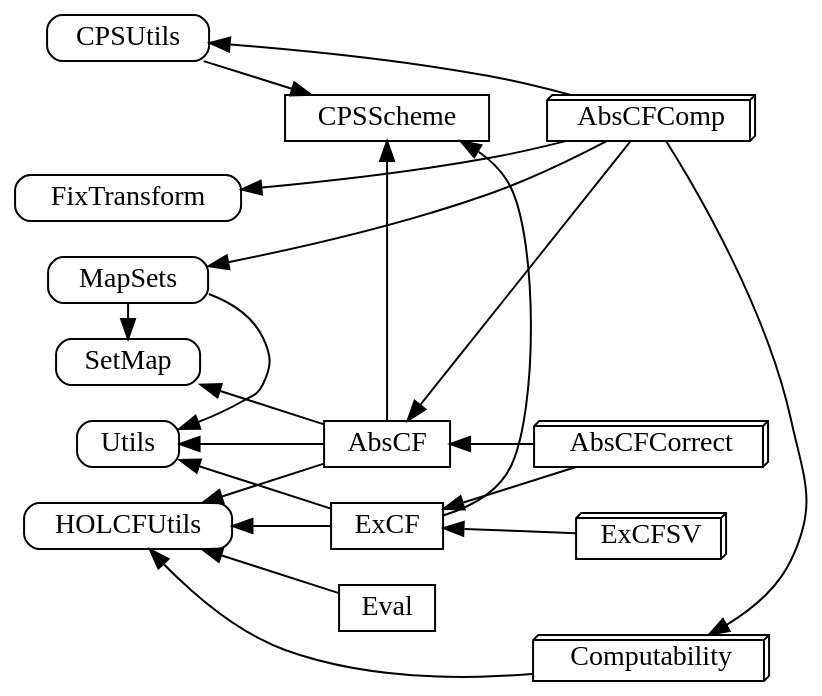
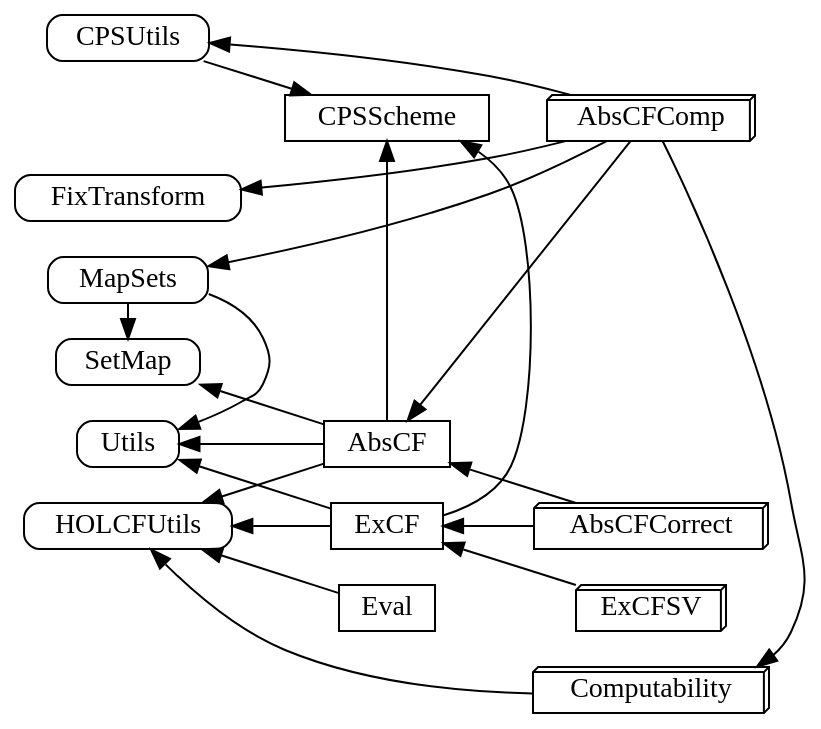
Before and after one commit to nomeata/funcCF: the diagram in Text/sessionGraph.dot, drawn with Graphviz. The commit also changed 11 other files, not shown here.

```diff
--- a/Text/sessionGraph.dot
+++ b/Text/sessionGraph.dot
@@ -1,65 +1,65 @@
 digraph session{
 rankdir=RL; 
 pad=0;
 ranksep=0.3;
 node [height=0];
 node [width=0];
 node [shape=box];
 //splines=ortho;
 edge[weight=0];
 
 {rank=same;
 node[shape=box];
 "CPSScheme" ;
 "Eval" ;
 "AbsCF" ;
 "ExCF" ;
 }
 
 {rank=same;
 node[style=rounded];
 "CPSUtils";
 "HOLCFUtils";
 "Utils";
 "SetMap";
 "FixTransform";
 "MapSets";
 }
 
 {rank=same;
 node[shape=box3d];
 "AbsCFCorrect" ;
 "ExCFSV" ;
 "Computability" ;
 "AbsCFComp" ;
 }
 // Edges um dot ein wenig in die richitge richtung zu bewegen
 //"Utils" -> "MapSets" [style=invis]; "MapSets" -> "SetMap" [style=invis];
 
 // "Finite_Inductive_Set";
 "CPSUtils" -> "CPSScheme";
 // "CPSUtils" -> "Finite_Inductive_Set";
 "Eval" -> "HOLCFUtils";
 "AbsCF" -> "HOLCFUtils"[weight=1];
 "AbsCF" -> "CPSScheme";
 "AbsCF" -> "Utils"[weight=1];
 "AbsCF" -> "SetMap";
 "ExCF" -> "HOLCFUtils";
 "ExCF" -> "CPSScheme";
 "ExCF" -> "Utils"[weight=1];
-"AbsCFCorrect" -> "AbsCF"[weight=1];
+"AbsCFCorrect" -> "AbsCF";
 "AbsCFCorrect" -> "ExCF"[weight=1];
 "ExCFSV" -> "ExCF";
 "Computability" -> "HOLCFUtils";
 "MapSets" -> "SetMap";
 "MapSets" -> "Utils";
 "AbsCFComp" -> "AbsCF";
 "AbsCFComp" -> "Computability";
 "AbsCFComp" -> "FixTransform"[weight=1];
 "AbsCFComp" -> "CPSUtils"[weight=1];
 "AbsCFComp" -> "MapSets";
 
 //"Utils" -> "MapSets" [style=invis];
 //"MapSets" -> "SetMap" [style=invis];
 //"CPSScheme" -> "FixTransform"[style=invis];
 }
```
